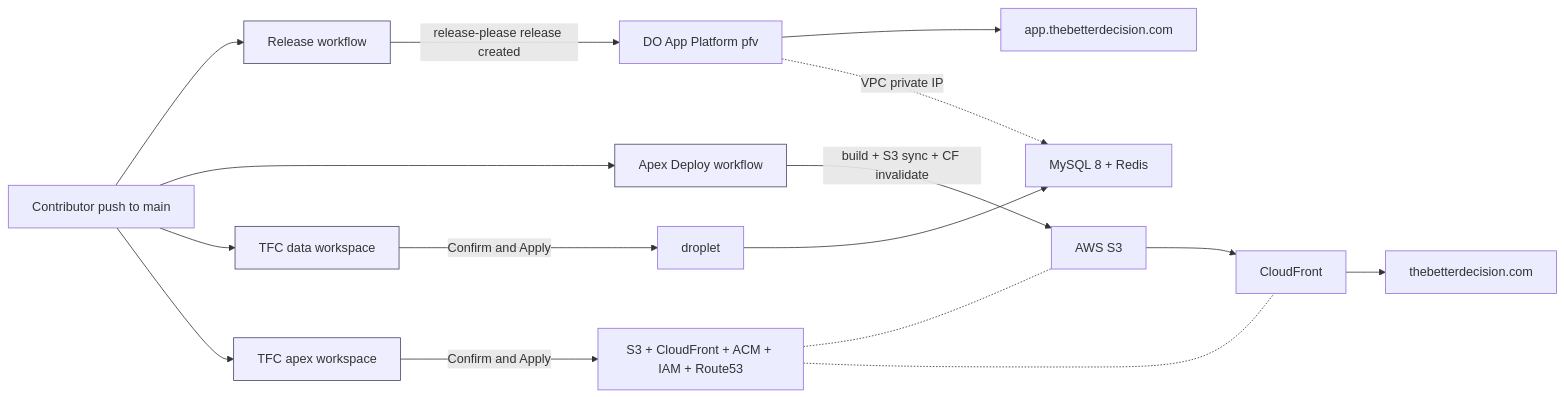
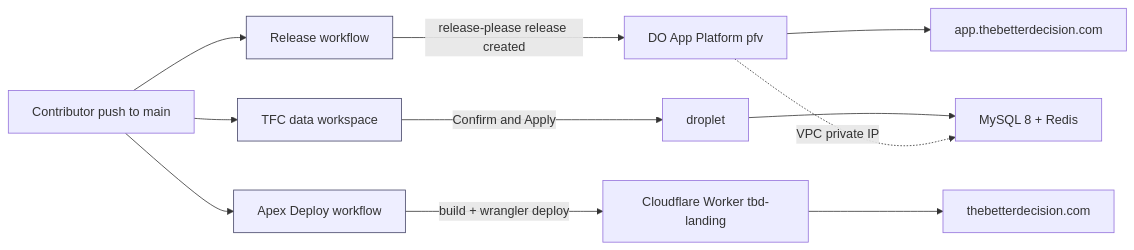
One commit to fjcloudaiconsulting/tbd changed the first of 6 diagrams in docs/operations/DEPLOYMENT.md. Above: the diagram before and after it, drawn with Mermaid. The commit also changed other lines of this file and 10 other files, not shown here.

````diff
--- a/docs/operations/DEPLOYMENT.md
+++ b/docs/operations/DEPLOYMENT.md
@@ -20,25 +19,19 @@
 ```mermaid
 flowchart LR
   dev[Contributor push to main] --> rel[Release workflow]
   dev --> apex[Apex Deploy workflow]
   dev --> tfc1[TFC data workspace]
-  dev --> tfc2[TFC apex workspace]
 
   rel -->|release-please release created| do[DO App Platform pfv]
   do --> appurl[app.thebetterdecision.com]
 
-  apex -->|build + S3 sync + CF invalidate| s3[AWS S3]
-  s3 --> cf[CloudFront]
-  cf --> apexurl[thebetterdecision.com]
+  apex -->|build + wrangler deploy| worker[Cloudflare Worker tbd-landing]
+  worker --> apexurl[thebetterdecision.com]
 
   tfc1 -->|Confirm and Apply| droplet[<data-droplet> droplet]
   droplet --> db[MySQL 8 + Redis]
   do -.->|VPC private IP| db
 
-  tfc2 -->|Confirm and Apply| awsctl[S3 + CloudFront + ACM + IAM + Route53]
-  awsctl -.- s3
-  awsctl -.- cf
-
   classDef pipe fill:#eef,stroke:#446
-  class rel,apex,tfc1,tfc2 pipe
+  class rel,apex,tfc1 pipe
 ```
````
